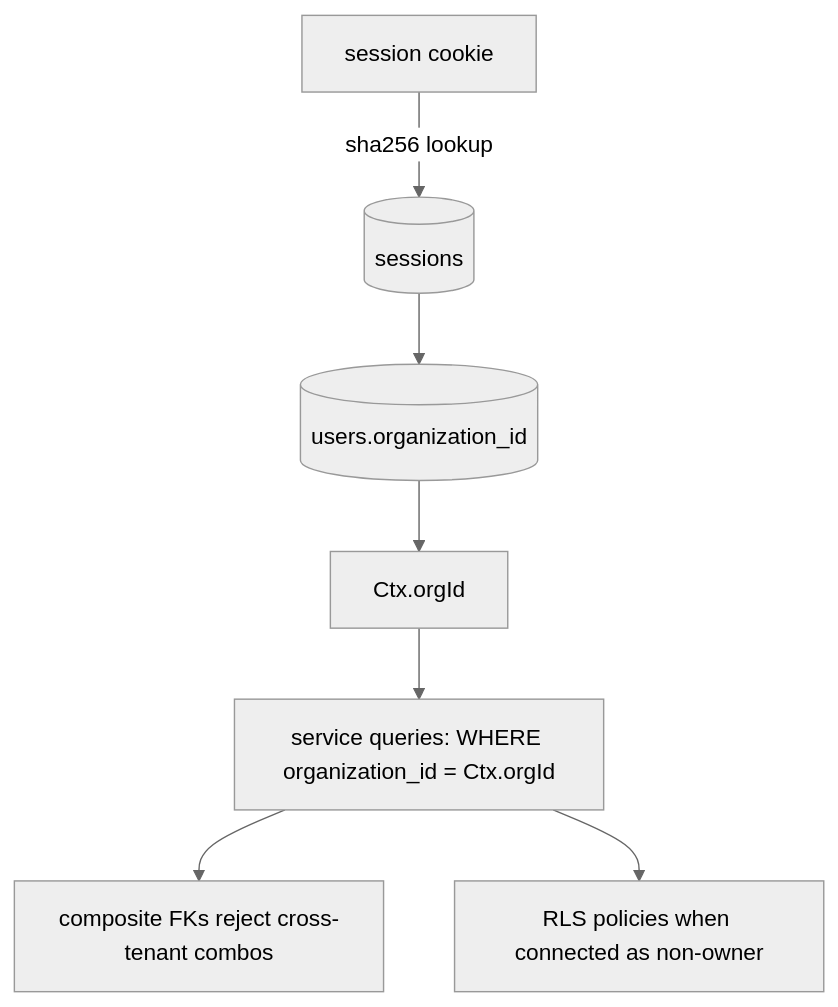
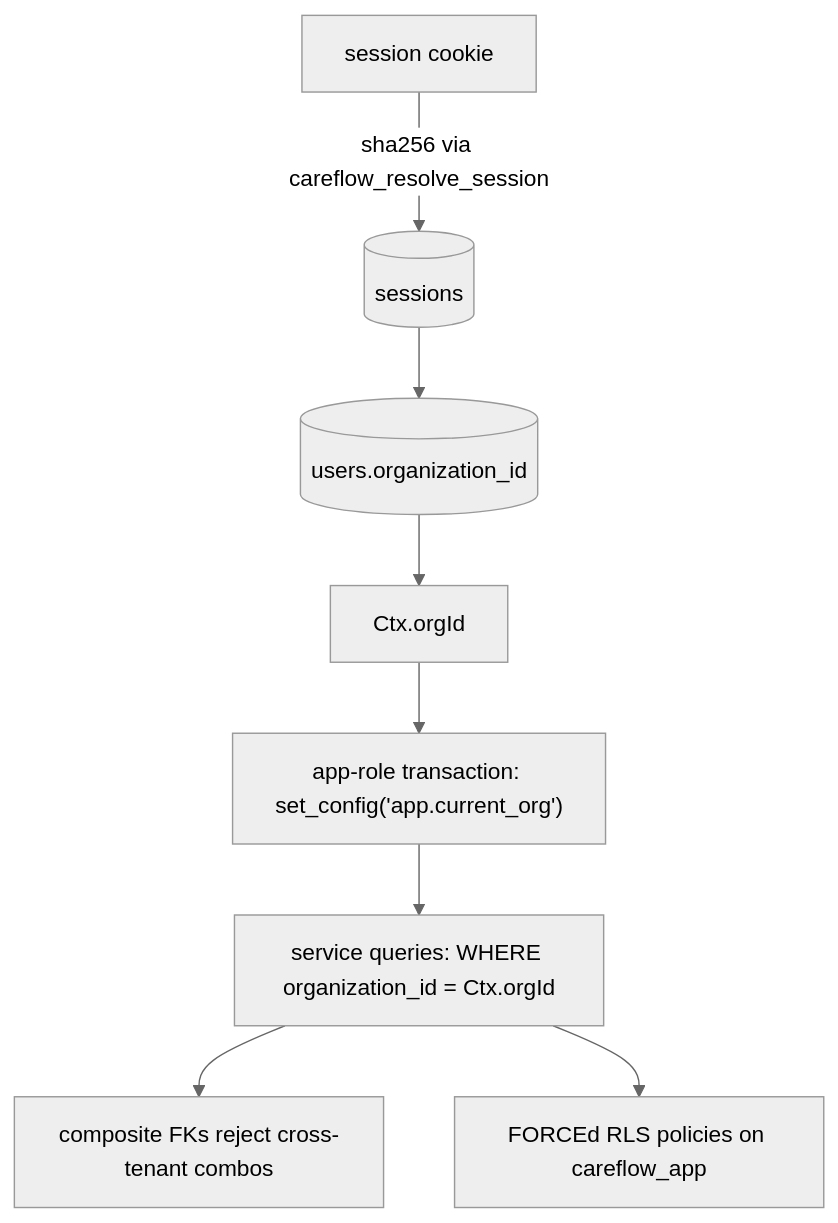
Before and after one commit to ashaankjha/careflow: the second of 4 diagrams in docs/architecture.md, drawn with Mermaid (neutral theme). The commit also changed other lines of this file and 39 other files, not shown here.

First line of the commit message:
Tenancy hardening: app role + forced RLS, shared DB rate limiter

````diff
--- a/docs/architecture.md
+++ b/docs/architecture.md
@@ -53,8 +53,9 @@
 ```mermaid
 flowchart TB
-  S[session cookie] -->|sha256 lookup| SES[(sessions)] --> U[(users.organization_id)]
+  S[session cookie] -->|sha256 via careflow_resolve_session| SES[(sessions)] --> U[(users.organization_id)]
   U --> CTX[Ctx.orgId]
-  CTX --> Q[service queries: WHERE organization_id = Ctx.orgId]
+  CTX --> TX["app-role transaction: set_config('app.current_org')"]
+  TX --> Q[service queries: WHERE organization_id = Ctx.orgId]
   Q --> FK[composite FKs reject cross-tenant combos]
-  Q --> RLS[RLS policies when connected as non-owner]
+  Q --> RLS[FORCEd RLS policies on careflow_app]
 ```
````
